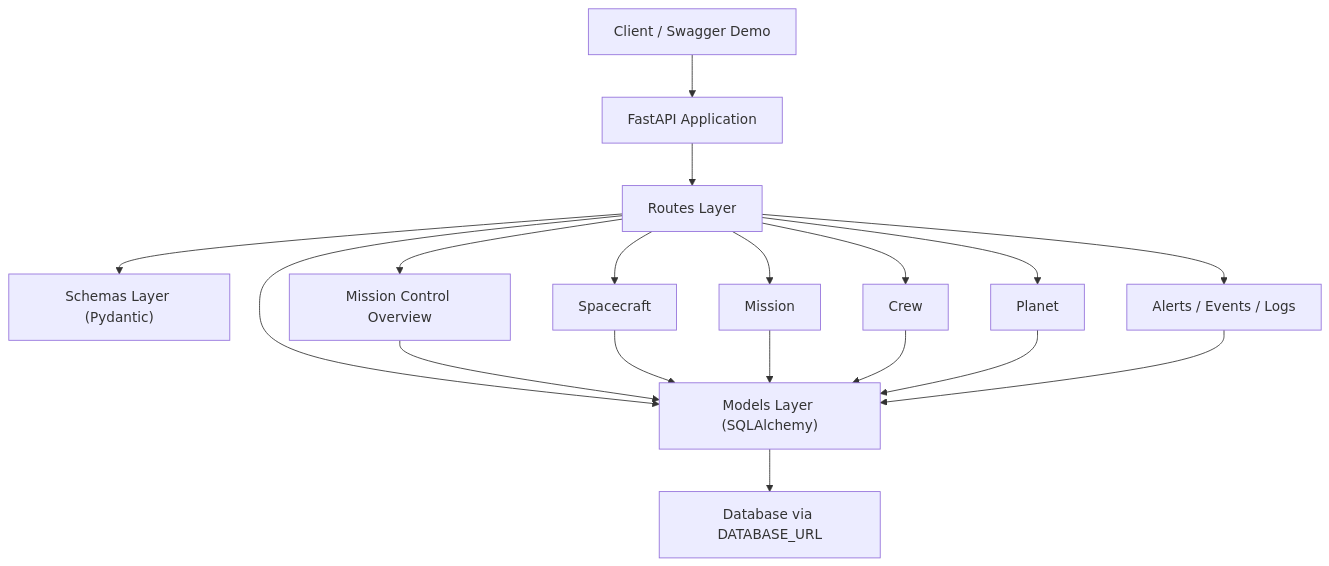
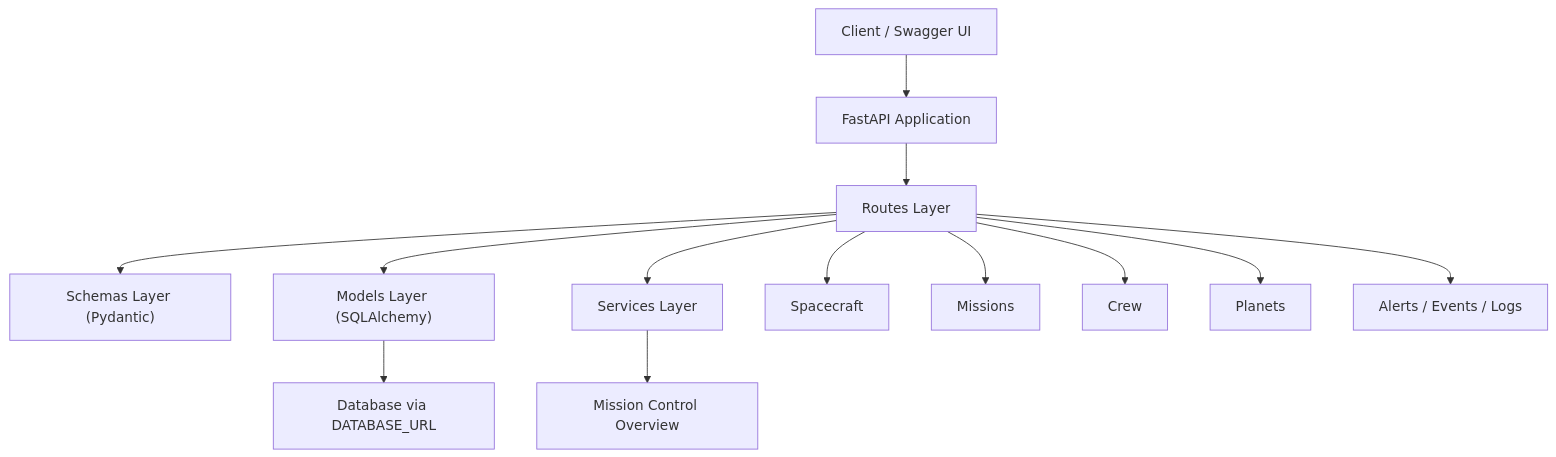
One commit to belvpassos/endurance_mission changed the first of 2 diagrams in README.md. Above: the diagram before and after it, drawn with Mermaid. The commit also changed other lines of this file and 2 other files, not shown here.

````diff
--- a/README.md
+++ b/README.md
@@ -80,22 +85,16 @@
 ```mermaid
 flowchart TD
-    A["Client / Swagger Demo"] --> B["FastAPI Application"]
+    A["Client / Swagger UI"] --> B["FastAPI Application"]
     B --> C["Routes Layer"]
     C --> D["Schemas Layer (Pydantic)"]
     C --> E["Models Layer (SQLAlchemy)"]
-    E --> F["Database via DATABASE_URL"]
+    C --> F["Services Layer"]
+    E --> G["Database via DATABASE_URL"]
 
-    C --> G["Mission Control Overview"]
-    C --> H["Spacecraft"]
-    C --> I["Mission"]
-    C --> J["Crew"]
-    C --> K["Planet"]
-    C --> L["Alerts / Events / Logs"]
-
-    G --> E
-    H --> E
-    I --> E
-    J --> E
-    K --> E
-    L --> E
+    F --> H["Mission Control Overview"]
+    C --> I["Spacecraft"]
+    C --> J["Missions"]
+    C --> K["Crew"]
+    C --> L["Planets"]
+    C --> M["Alerts / Events / Logs"]
 ```
````
